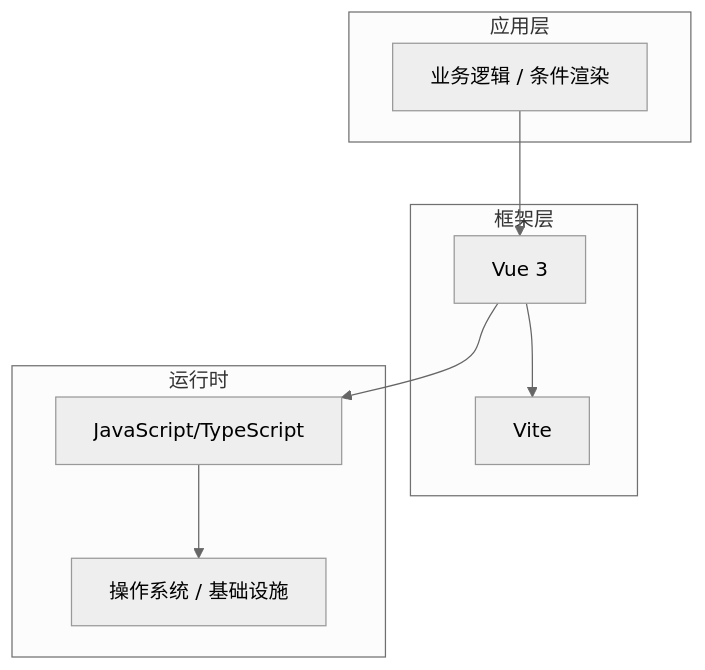
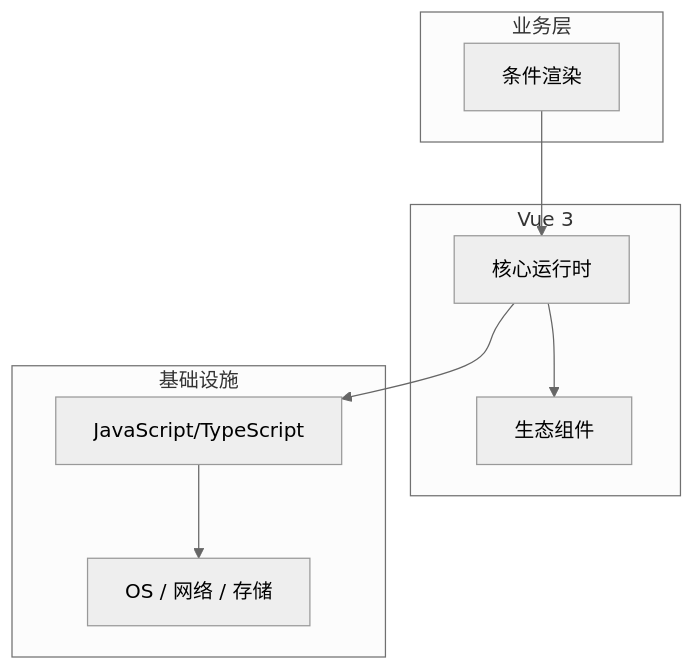
One commit to yanggan2015/knowledge-json-v2 changed the diagram in articles/Vue/chapters/036-条件渲染核心概念与原理.md. Above: the diagram before and after it, drawn with Mermaid (neutral theme). The commit also changed other lines of this file and 10127 other files, not shown here.

````diff
--- a/articles/Vue/chapters/036-条件渲染核心概念与原理.md
+++ b/articles/Vue/chapters/036-条件渲染核心概念与原理.md
@@ -45,18 +34,18 @@
 ```mermaid
 graph TB
-    subgraph 应用层
-        A[业务逻辑 / 条件渲染]
+    subgraph 业务层
+        A[条件渲染]
     end
-    subgraph 框架层
-        B[Vue 3]
-        C[Vite]
+    subgraph Vue 3
+        B[核心运行时]
+        C[生态组件]
     end
-    subgraph 运行时
+    subgraph 基础设施
         D[JavaScript/TypeScript]
-        E[操作系统 / 基础设施]
+        E[OS / 网络 / 存储]
     end
     A --> B
     B --> C
     B --> D
     D --> E
 ```
````
